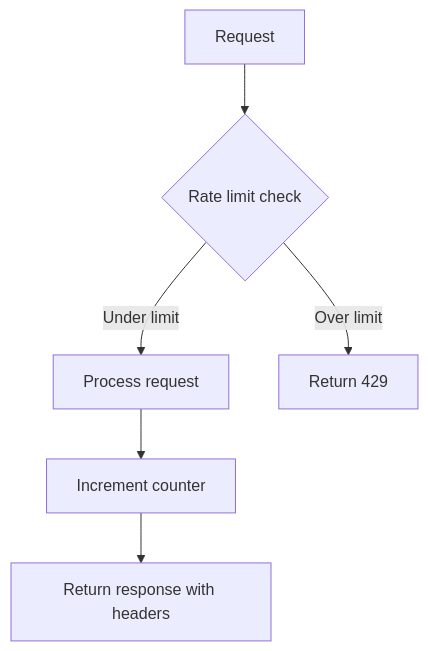
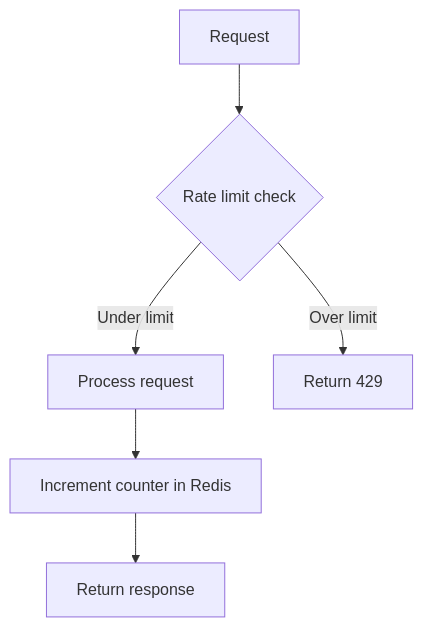
The fourth of 5 diagrams in docs/06-security-design.md (123suraj-sky/DevOps-Suite), drawn with Mermaid before and after one commit. The commit also changed other lines of this file and 116 other files, not shown here.

First line of the commit message:
refactor: convert microservices to monolithic architecture

````diff
--- a/docs/06-security-design.md
+++ b/docs/06-security-design.md
@@ -92,8 +84,8 @@
-``` mermaid
+```mermaid
 flowchart TD
     A[Request] --> B{Rate limit check}
     B -->|Under limit| C[Process request]
     B -->|Over limit| D[Return 429]
-    C --> E[Increment counter]
-    E --> F[Return response with headers]
+    C --> E[Increment counter in Redis]
+    E --> F[Return response]
 ```
````
